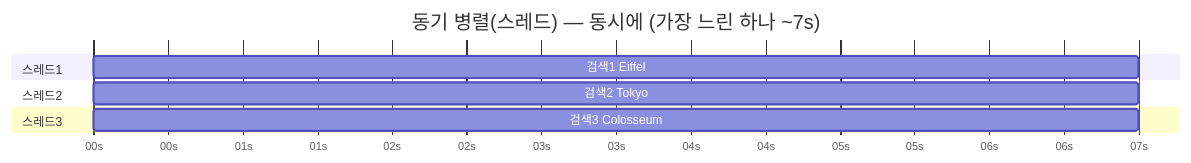
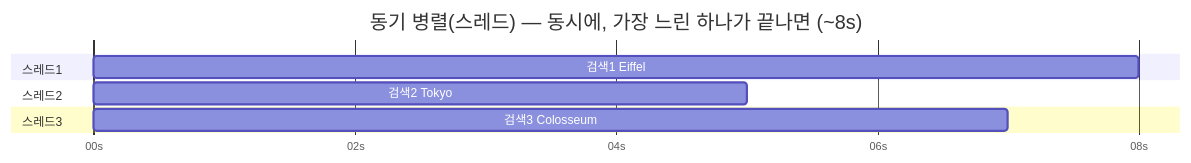
Before and after one commit to CodeCompose7/ai_service_engineering: the eighth of 10 diagrams in docs/section3/lec02/README.md, drawn with Mermaid. The commit also changed other lines of this file, not shown here.

First line of the commit message:
lec02: 타이밍 gantt 수정 — 순차 겹침 버그·검색별 시간 차등

````diff
--- a/docs/section3/lec02/README.md
+++ b/docs/section3/lec02/README.md
@@ -139,12 +140,13 @@
 ```mermaid
 gantt
-  title 동기 병렬(스레드) — 동시에 (가장 느린 하나 ~7s)
+  title 동기 병렬(스레드) — 동시에, 가장 느린 하나가 끝나면 (~8s)
   dateFormat X
   axisFormat %Ss
+  tickInterval 2second
   section 스레드1
-  검색1 Eiffel : 0, 7
+  검색1 Eiffel : t1, 0, 8s
   section 스레드2
-  검색2 Tokyo : 0, 7
+  검색2 Tokyo : t2, 0, 5s
   section 스레드3
-  검색3 Colosseum : 0, 7
+  검색3 Colosseum : t3, 0, 7s
 ```
````
